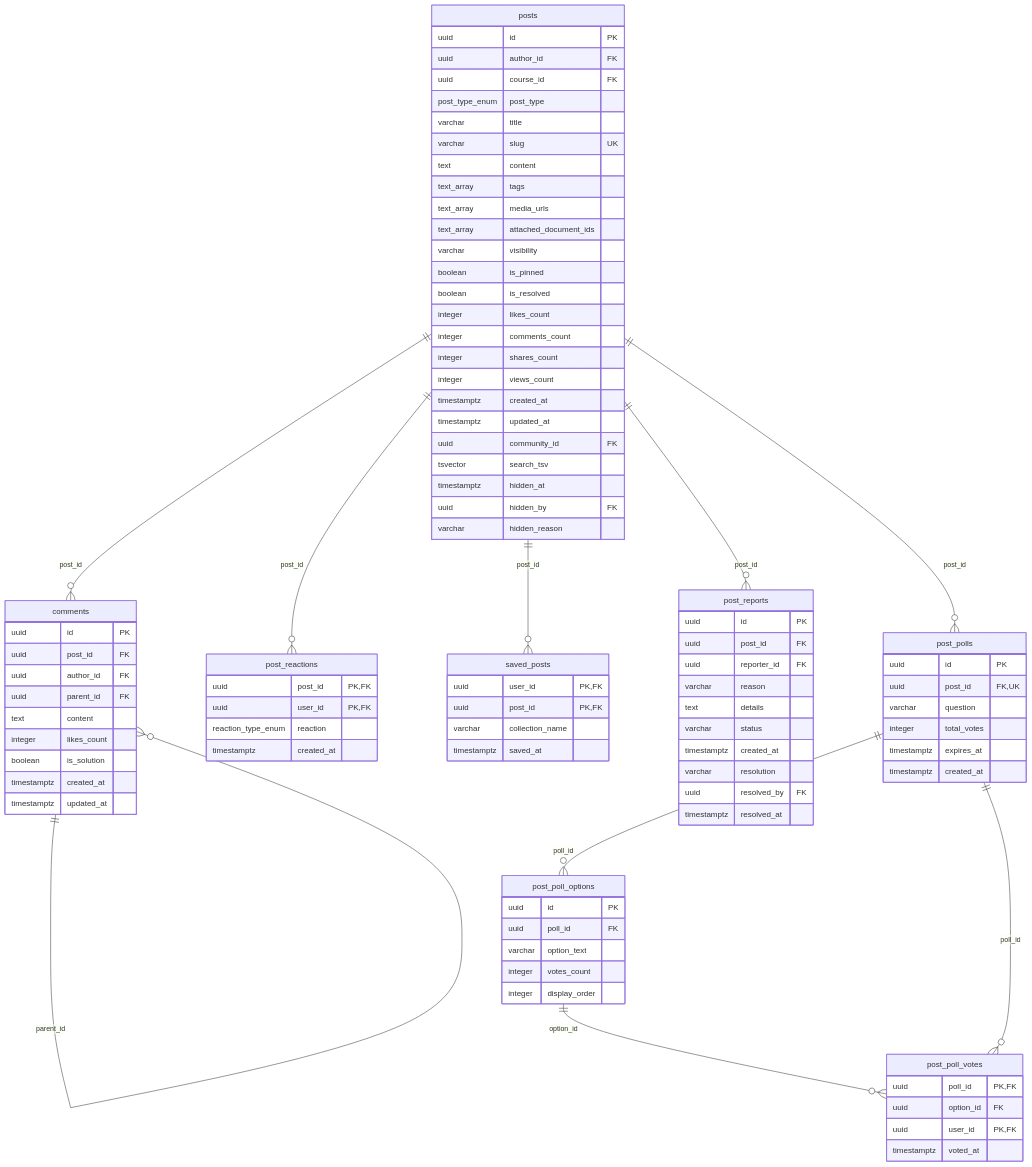
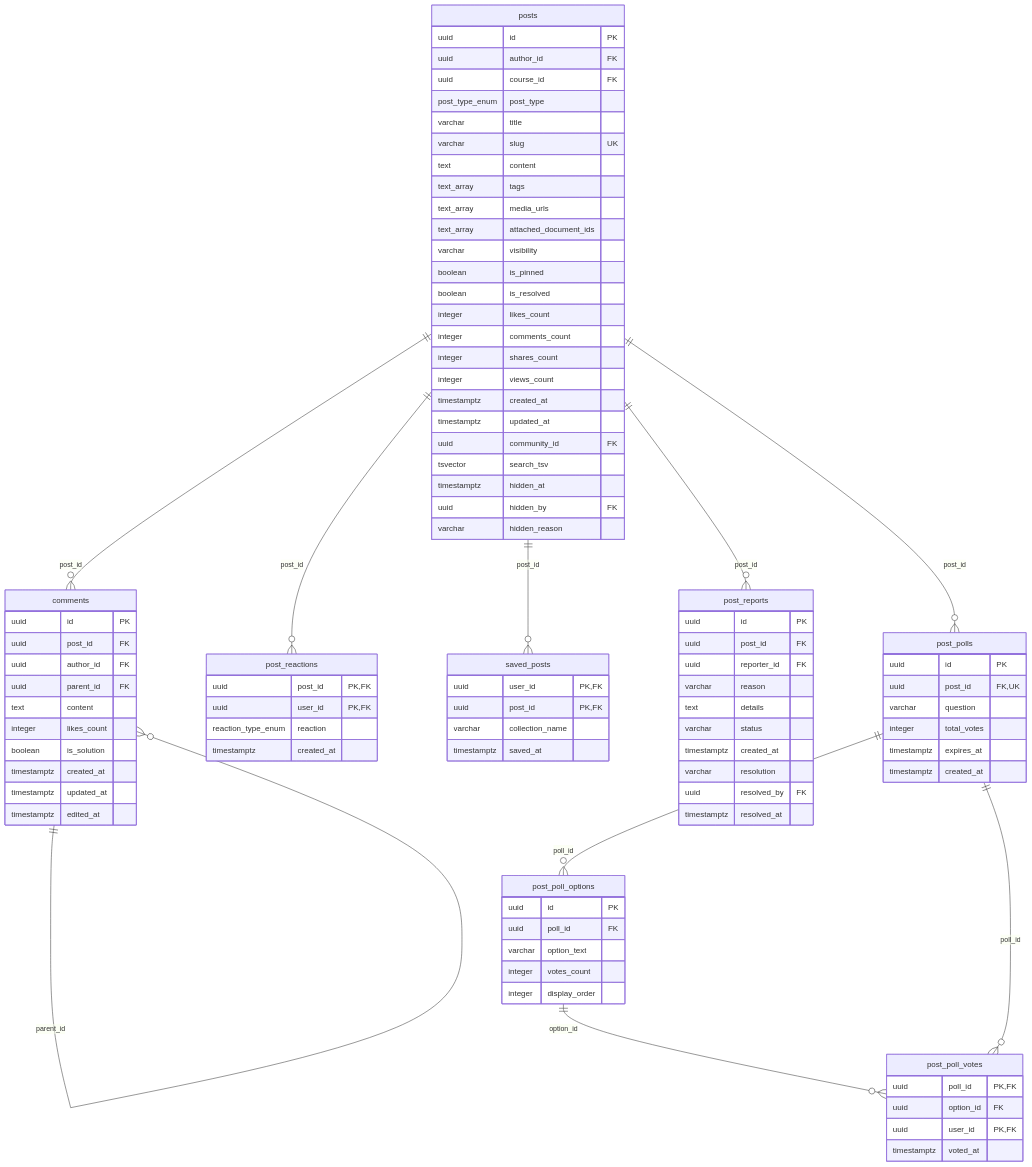
The third of 7 diagrams in docs/diagrams/04-erd.md (nhatcoi/pu-connect), drawn with Mermaid before and after one commit.

Commit message:
docs(erd): regenerate ERD with comments.edited_at

```diff
--- a/docs/diagrams/04-erd.md
+++ b/docs/diagrams/04-erd.md
@@ -212,6 +212,7 @@
     boolean is_solution
     timestamptz created_at
     timestamptz updated_at
+    timestamptz edited_at
   }
   post_reactions {
     uuid post_id PK,FK
```
